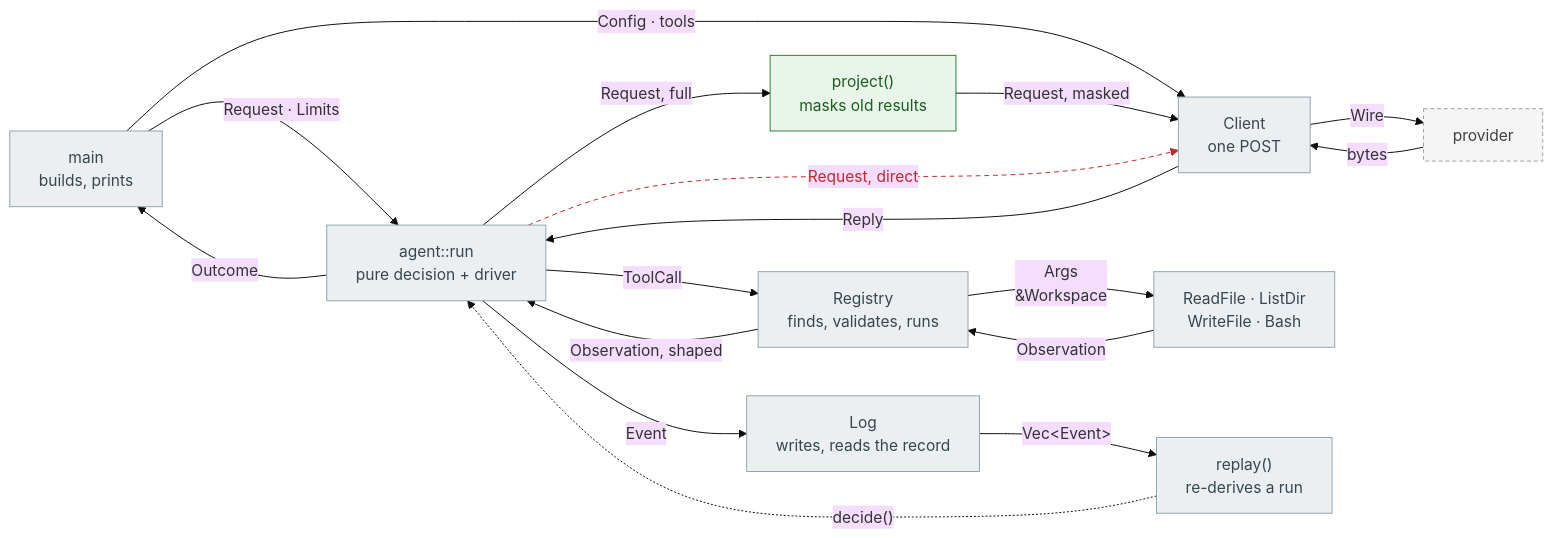
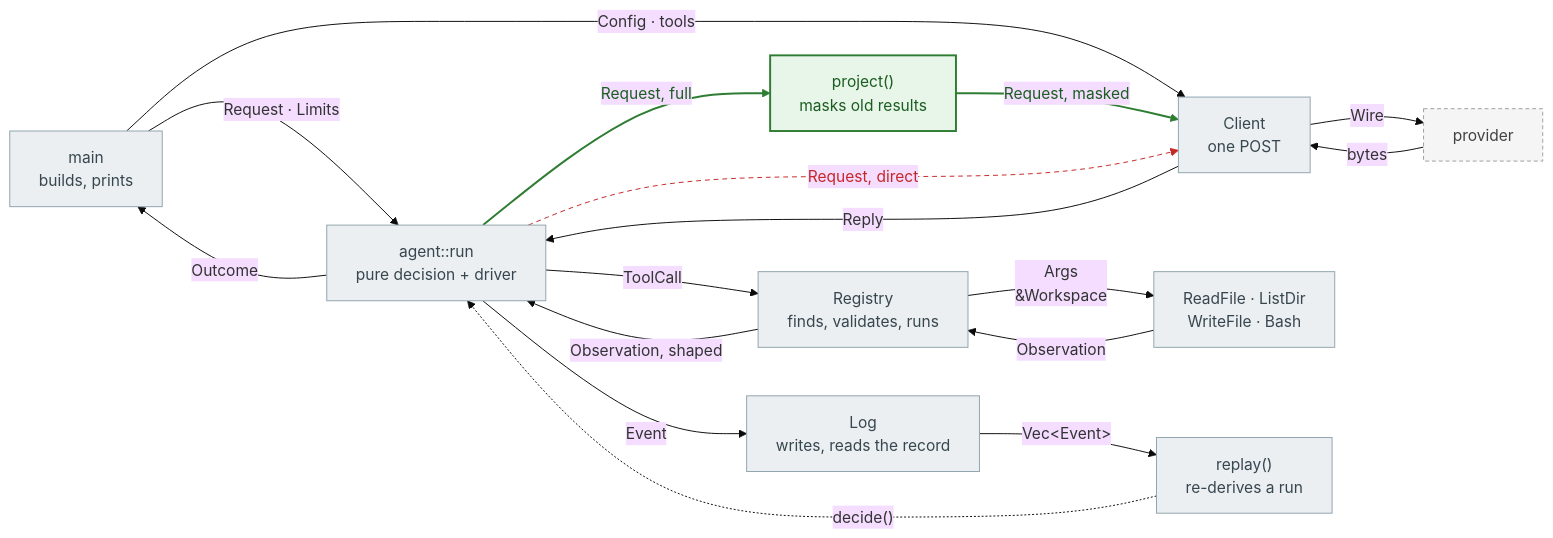
Before and after one commit to skinssong/my_harness: the diagram in diagrams/p4-structs.mmd, drawn with Mermaid (base theme). The commit also changed 12 other files, not shown here.

```diff
--- a/diagrams/p4-structs.mmd
+++ b/diagrams/p4-structs.mmd
@@ -1,33 +1,35 @@
 flowchart LR
     MAIN["main<br/>builds, prints"]:::existing
     LOOP["agent::run<br/>pure decision + driver"]:::existing
     CLIENT["Client<br/>one POST"]:::existing
     REG["Registry<br/>finds, validates, runs"]:::existing
     TOOLS["ReadFile · ListDir<br/>WriteFile · Bash"]:::existing
     LOG["Log<br/>writes, reads the record"]:::existing
     REPLAY["replay()<br/>re-derives a run"]:::existing
     PROJECT["project()<br/>masks old results"]:::added
     PROV["provider"]:::external
 
     MAIN -->|"Request · Limits"| LOOP
     MAIN -->|"Config · tools"| CLIENT
     LOOP -->|"Request, full"| PROJECT
     PROJECT -->|"Request, masked"| CLIENT
     LOOP -. "Request, direct" .-> CLIENT
     CLIENT -->|"Wire"| PROV
     PROV -->|"bytes"| CLIENT
     CLIENT -->|"Reply"| LOOP
     LOOP -->|"ToolCall"| REG
     REG -->|"Args<br/>&amp;Workspace"| TOOLS
     TOOLS -->|"Observation"| REG
     REG -->|"Observation, shaped"| LOOP
     LOOP -->|"Outcome"| MAIN
     LOOP -->|"Event"| LOG
     LOG -->|"Vec&lt;Event&gt;"| REPLAY
     REPLAY -. "decide()" .-> LOOP
 
     classDef existing fill:#ECEFF1,stroke:#90A4AE,color:#37474F
-    classDef added fill:#E8F5E9,stroke:#2E7D32,color:#1B5E20
+    classDef added fill:#E8F5E9,stroke:#2E7D32,stroke-width:2px,color:#1B5E20
     classDef changed fill:#FFF3E0,stroke:#EF6C00,color:#E65100
     classDef external fill:#F5F5F5,stroke:#9E9E9E,color:#424242,stroke-dasharray:4 3
     linkStyle 4 stroke:#C62828,stroke-dasharray:5 4,color:#C62828
+    %% linkStyle-new-edges
+    linkStyle 2,3 stroke:#2E7D32,stroke-width:2px,color:#1B5E20
```
